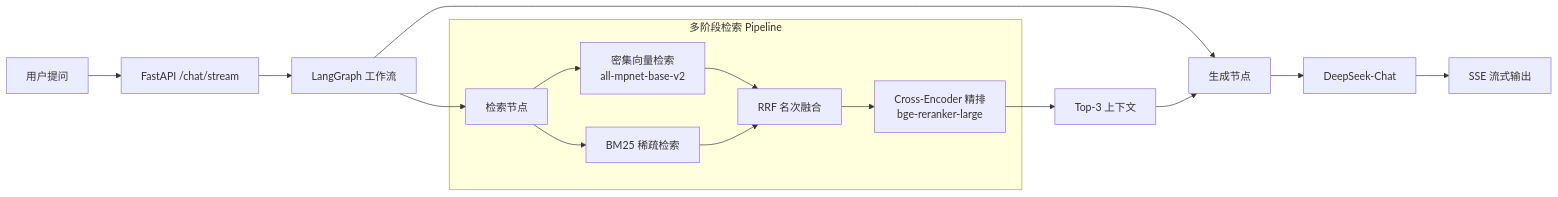
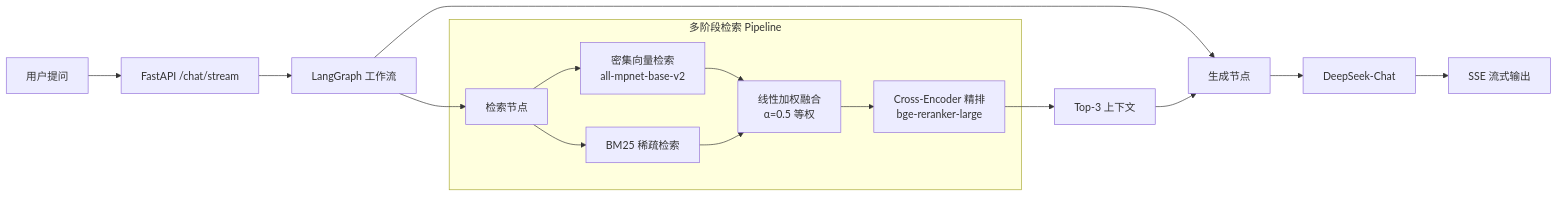
Before and after one commit to miemie098/Miemie-Agent-RAG: the diagram in README.md, drawn with Mermaid. The commit also changed other lines of this file and 7 other files, not shown here.

````diff
--- a/README.md
+++ b/README.md
@@ -7,20 +7,20 @@
 ```mermaid
 flowchart LR
     User[用户提问] --> API[FastAPI /chat/stream]
     API --> Graph[LangGraph 工作流]
     Graph --> Retrieve[检索节点]
     Graph --> Generate[生成节点]
 
     subgraph Retrieval[多阶段检索 Pipeline]
         Retrieve --> Dense[密集向量检索<br/>all-mpnet-base-v2]
         Retrieve --> BM25[BM25 稀疏检索]
-        Dense --> RRF[RRF 名次融合]
-        BM25 --> RRF
-        RRF --> Rerank[Cross-Encoder 精排<br/>bge-reranker-large]
+        Dense --> Fusion[线性加权融合<br/>α=0.5 等权]
+        BM25 --> Fusion
+        Fusion --> Rerank[Cross-Encoder 精排<br/>bge-reranker-large]
     end
 
     Rerank --> Context[Top-3 上下文]
     Context --> Generate
     Generate --> LLM[DeepSeek-Chat]
     LLM --> SSE[SSE 流式输出]
 ```
````
